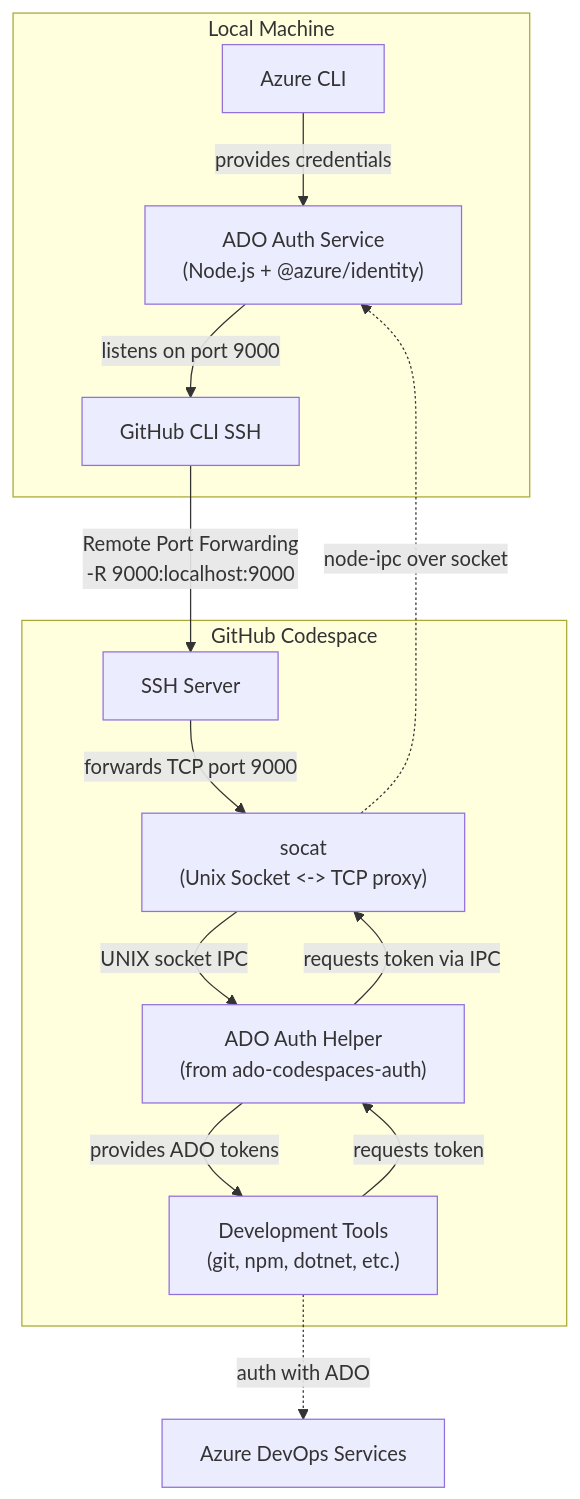
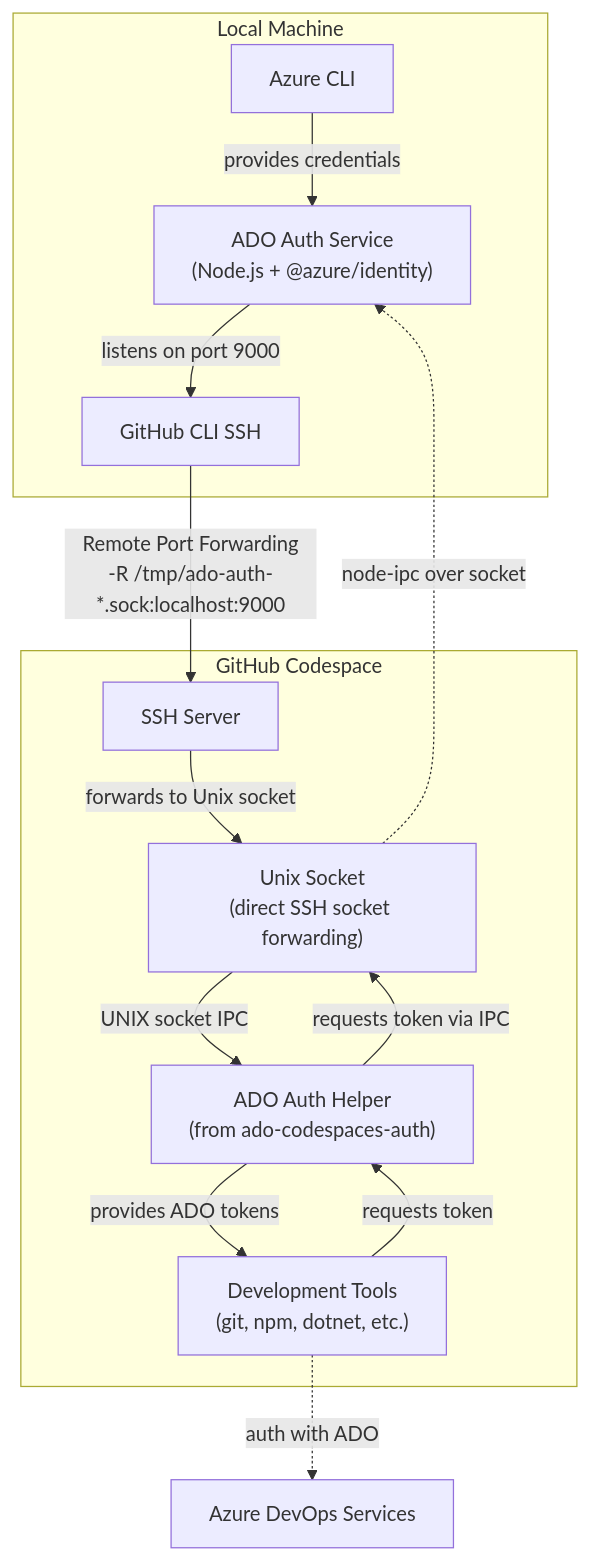
Before and after one commit to scaryrawr/ado-ssh-auth: the diagram in README.md, drawn with Mermaid. The commit also changed other lines of this file and 1 other file, not shown here.

Commit message:
Remove socat dependency

````diff
--- a/README.md
+++ b/README.md
@@ -61,27 +60,27 @@
 ```mermaid
 graph
     subgraph "Local Machine"
         AzCLI["Azure CLI"]
         AuthSvc["ADO Auth Service<br>(Node.js + @azure/identity)"]
         SSH["GitHub CLI SSH"]
         AzCLI -->|provides credentials| AuthSvc
         AuthSvc -->|listens on port 9000| SSH
     end
     
     subgraph "GitHub Codespace"
         SSHSrv["SSH Server"]
-        Socat["socat<br>(Unix Socket <-> TCP proxy)"]
+        SocketPath["Unix Socket<br>(direct SSH socket forwarding)"]
         ADOHelper["ADO Auth Helper<br>(from ado-codespaces-auth)"]
         Tools["Development Tools<br>(git, npm, dotnet, etc.)"]
         
-        SSHSrv -->|forwards TCP port 9000| Socat
-        Socat -->|UNIX socket IPC| ADOHelper
+        SSHSrv -->|forwards to Unix socket| SocketPath
+        SocketPath -->|UNIX socket IPC| ADOHelper
         ADOHelper -->|provides ADO tokens| Tools
         Tools -->|requests token| ADOHelper
-        ADOHelper -->|requests token via IPC| Socat
+        ADOHelper -->|requests token via IPC| SocketPath
     end
     
-    SSH -->|Remote Port Forwarding<br>-R 9000:localhost:9000| SSHSrv
-    Socat -.->|node-ipc over socket| AuthSvc
+    SSH -->|Remote Port Forwarding<br>-R /tmp/ado-auth-*.sock:localhost:9000| SSHSrv
+    SocketPath -.->|node-ipc over socket| AuthSvc
     Tools -.->|auth with ADO| Ext["Azure DevOps Services"]
 ```
````
